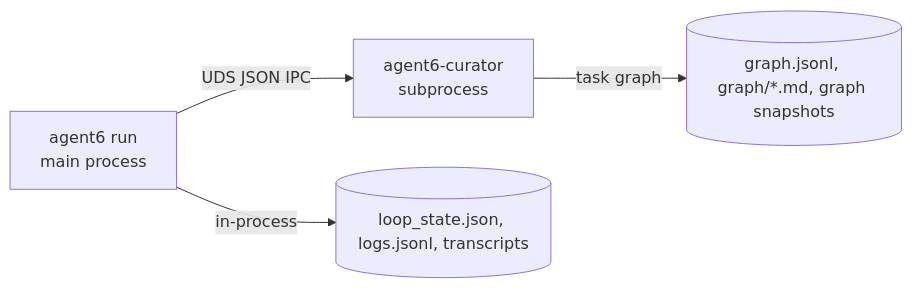
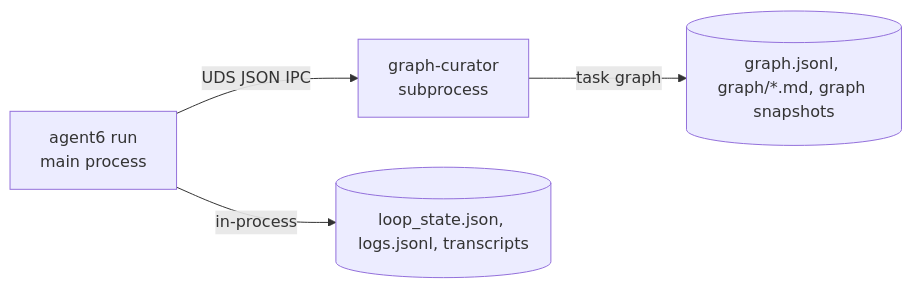
The fourth of 4 diagrams in ARCHITECTURE.md (agent6-dev/agent6), drawn with Mermaid before and after one commit. The commit also changed other lines of this file and 7 other files, not shown here.

First line of the commit message:
refactor(graph): drop dead agent6-curator console script, rename to graph-curator

````diff
--- a/ARCHITECTURE.md
+++ b/ARCHITECTURE.md
@@ -156,6 +157,6 @@
 ```mermaid
 flowchart LR
-    Agent[agent6 run<br/>main process] -->|UDS JSON IPC| Curator[agent6-curator<br/>subprocess]
+    Agent[agent6 run<br/>main process] -->|UDS JSON IPC| Curator[graph-curator<br/>subprocess]
     Curator -->|task graph| Graph[(graph.jsonl, graph/*.md, graph snapshots)]
     Agent -->|in-process| Rest[(loop_state.json, logs.jsonl, transcripts)]
 ```
````
